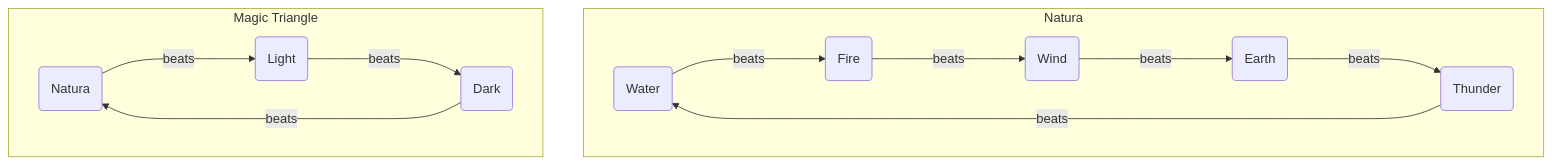
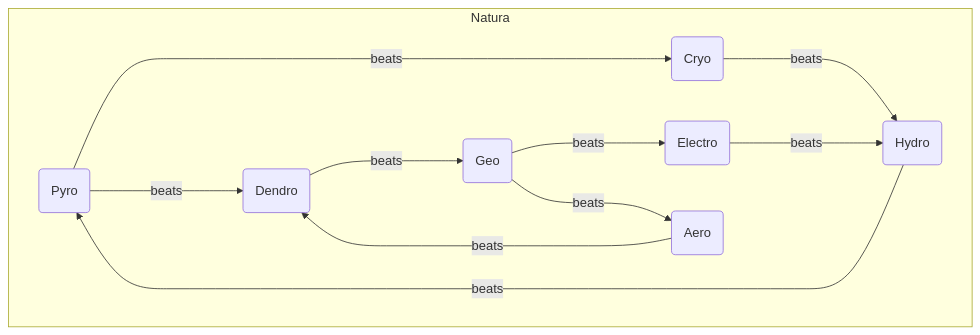
The first of 2 diagrams in wiki/catalog/Magic-Spells.md (DonColon/vigilans-nexum-wiki), drawn with Mermaid before and after one commit. The commit also changed other lines of this file and 1 other file, not shown here.

Commit message:
Refactor Magic and Weapons sections for clarity; update spell and weapon relationships in flowcharts

````diff
--- a/wiki/catalog/Magic-Spells.md
+++ b/wiki/catalog/Magic-Spells.md
@@ -1,26 +1,22 @@
 ```mermaid
 flowchart
 	subgraph Natura
-		water(Water)
-		fire(Fire)
-		wind(Wind)
-		earth(Earth)
-		thunder(Thunder)
-	
-		water--beats--->fire
-		fire--beats--->wind
-		wind--beats--->earth
-		earth--beats--->thunder
-		thunder--beats--->water
-	end
-	
-	subgraph Magic Triangle
-		natura(Natura)
-		light(Light)
-		dark(Dark)
+		pyro(Pyro)
+		aero(Aero)
+		electro(Electro)
+		hydro(Hydro)
+		cryo(Cryo)
+		geo(Geo)
+		dendro(Dendro)
 		
-		natura--beats--->light
-		light--beats--->dark
-		dark--beats--->natura
+		pyro--beats--->cryo
+		pyro--beats--->dendro
+		electro--beats--->hydro
+		hydro--beats--->pyro
+		cryo--beats--->hydro
+		geo--beats--->electro
+		geo--beats--->aero
+		dendro--beats--->geo
+		aero--beats--->dendro
 	end
 ```
````
